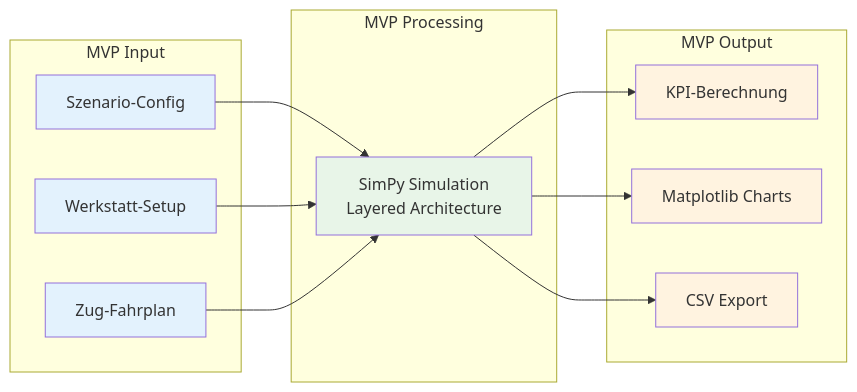
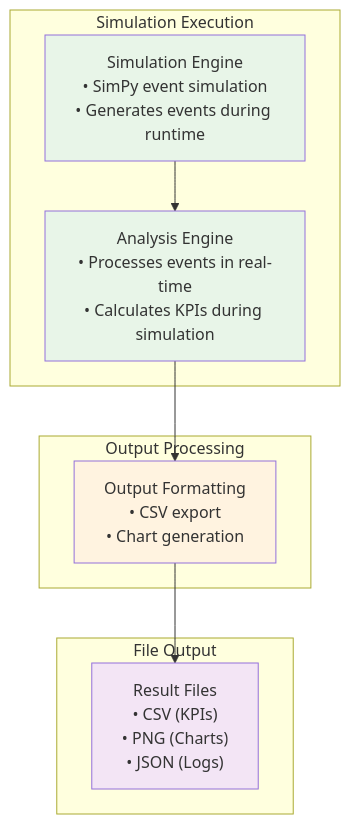
The fourth of 4 diagrams in docs/mvp/architecture/03-context.md (OpenRailAssociation/dac-migration-dss-popupsim), drawn with Mermaid before and after one commit. The commit also changed other lines of this file and 19 other files, not shown here.

First line of the commit message:
docs(pages): 📝 update MVP architecture

````diff
--- a/docs/mvp/architecture/03-context.md
+++ b/docs/mvp/architecture/03-context.md
@@ -108,34 +151,28 @@
 ```mermaid
-flowchart LR
-    subgraph "MVP Input"
-        Config[Szenario-Config]
-        Workshop[Werkstatt-Setup]
-        Trains[Zug-Fahrplan]
+flowchart TB
+    subgraph "Simulation Execution"
+        sim_engine["Simulation Engine<br/>• SimPy event simulation<br/>• Generates events during runtime"]
+        analysis_engine["Analysis Engine<br/>• Processes events in real-time<br/>• Calculates KPIs during simulation"]
     end
 
-    subgraph "MVP Processing"
-        Simulation[SimPy Simulation<br/>Layered Architecture]
+    subgraph "Output Processing"
+        formatting["Output Formatting<br/>• CSV export<br/>• Chart generation"]
     end
 
-    subgraph "MVP Output"
-        KPIs[KPI-Berechnung]
-        Charts[Matplotlib Charts]
-        CSV[CSV Export]
+    sim_engine --> analysis_engine
+    analysis_engine --> formatting
+
+    subgraph "File Output"
+        files["Result Files<br/>• CSV (KPIs)<br/>• PNG (Charts)<br/>• JSON (Logs)"]
     end
 
-    Config --> Simulation
-    Workshop --> Simulation
-    Trains --> Simulation
+    formatting --> files
 
-    Simulation --> KPIs
-    Simulation --> Charts
-    Simulation --> CSV
+    classDef sim fill:#e8f5e8
+    classDef process fill:#fff3e0
+    classDef output fill:#f3e5f5
 
-    classDef input fill:#e3f2fd
-    classDef process fill:#e8f5e8
-    classDef output fill:#fff3e0
-
-    class Config,Workshop,Trains input
-    class Simulation process
-    class KPIs,Charts,CSV output
+    class sim_engine,analysis_engine sim
+    class formatting process
+    class files output
 ```
````
